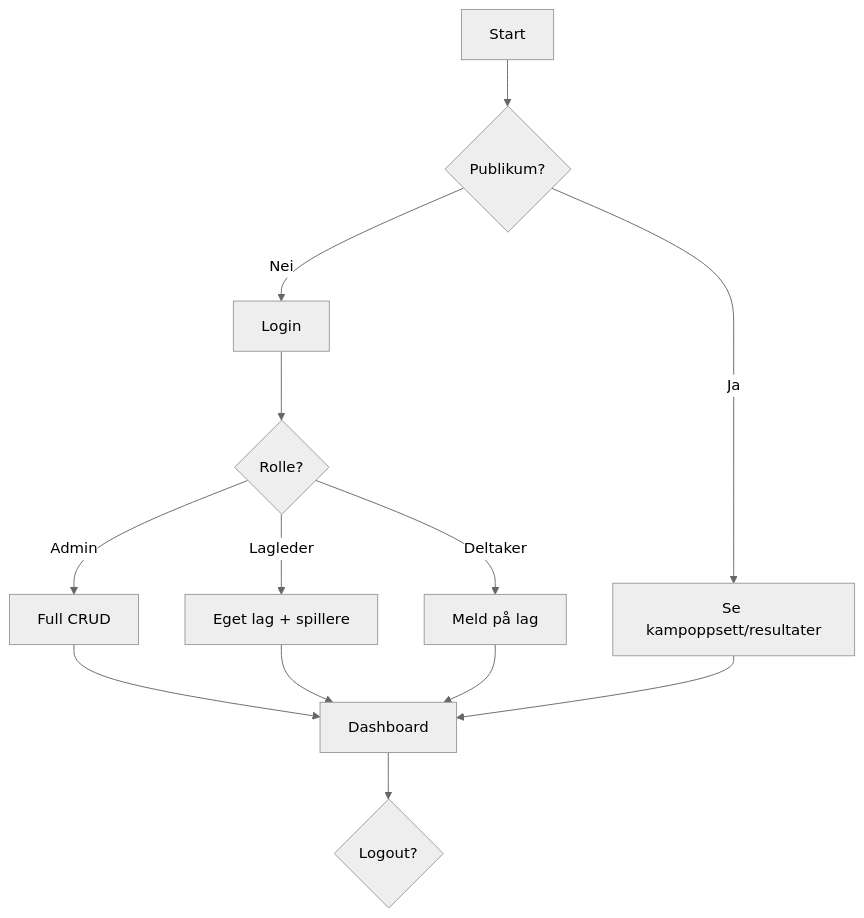
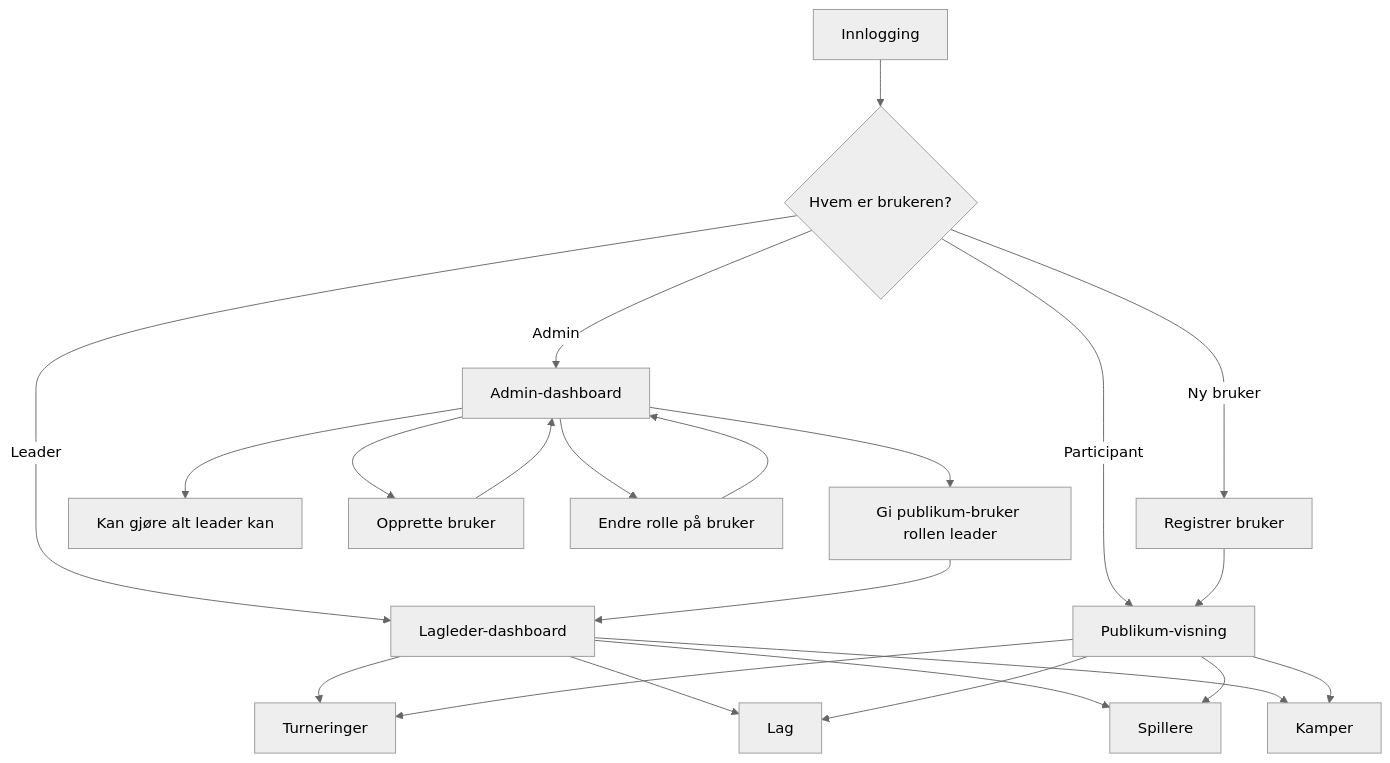
The third of 4 diagrams in README.md (IdemuMD/idrett_kart), drawn with Mermaid (neutral theme) before and after one commit. The commit also changed other lines of this file and 14 other files, not shown here.

````diff
--- a/README.md
+++ b/README.md
@@ -61,15 +110,27 @@
 ```mermaid
 flowchart TD
-    A[Start] --> B{Publikum?}
-    B -->|Ja| C[Se kampoppsett/resultater]
-    B -->|Nei| D[Login]
-    D --> E{Rolle?}
-    E -->|Admin| F[Full CRUD]
-    E -->|Lagleder| G[Eget lag + spillere]
-    E -->|Deltaker| H[Meld på lag]
-    F --> I[Dashboard]
-    G --> I
-    H --> I
-    C --> I
-    I --> J{Logout?}
+    A["Innlogging"] --> B{"Hvem er brukeren?"}
+    B -->|Admin| C["Admin-dashboard"]
+    B -->|Leader| D["Lagleder-dashboard"]
+    B -->|Participant| E["Publikum-visning"]
+    B -->|Ny bruker| F["Registrer bruker"]
+
+    C --> G["Kan gjøre alt leader kan"]
+    C --> H["Opprette bruker"]
+    C --> I["Endre rolle på bruker"]
+    C --> J["Gi publikum-bruker rollen leader"]
+
+    D --> K["Turneringer"]
+    D --> L["Lag"]
+    D --> M["Spillere"]
+    D --> N["Kamper"]
+
+    E --> K
+    E --> L
+    E --> M
+    E --> N
+    F --> E
+    H --> C
+    I --> C
+    J --> D
 ```
````
